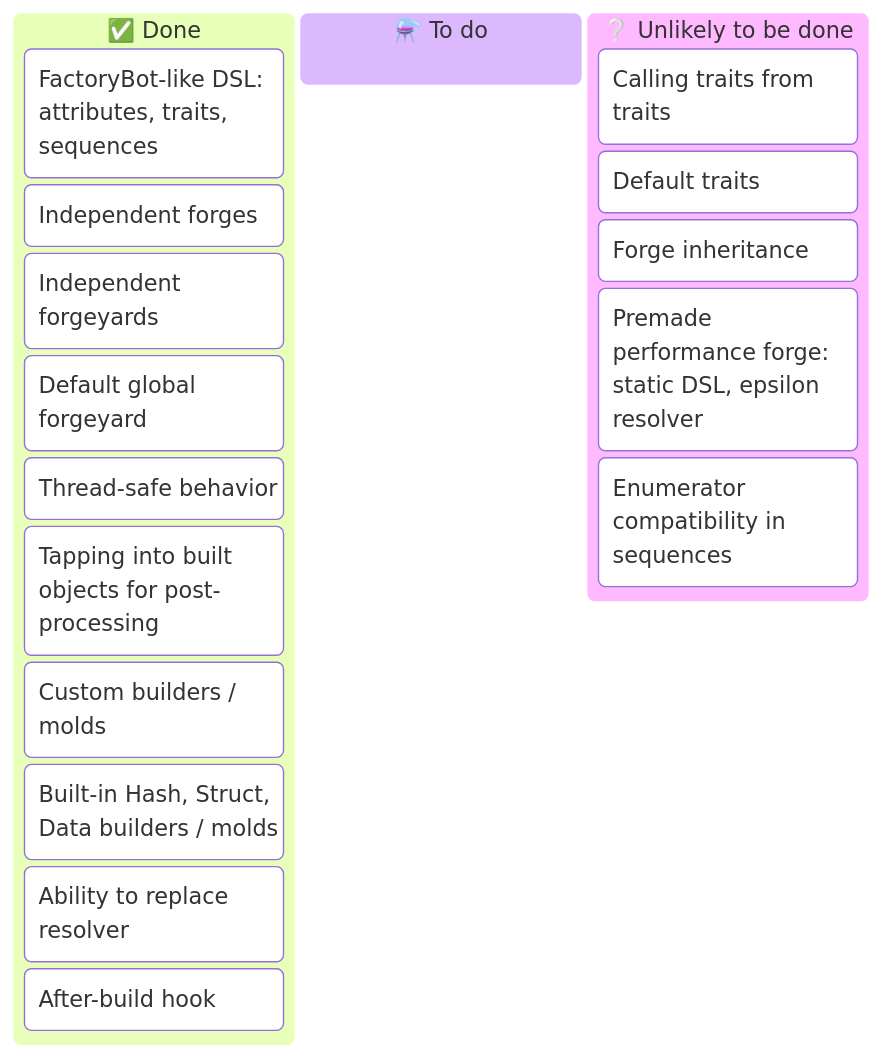
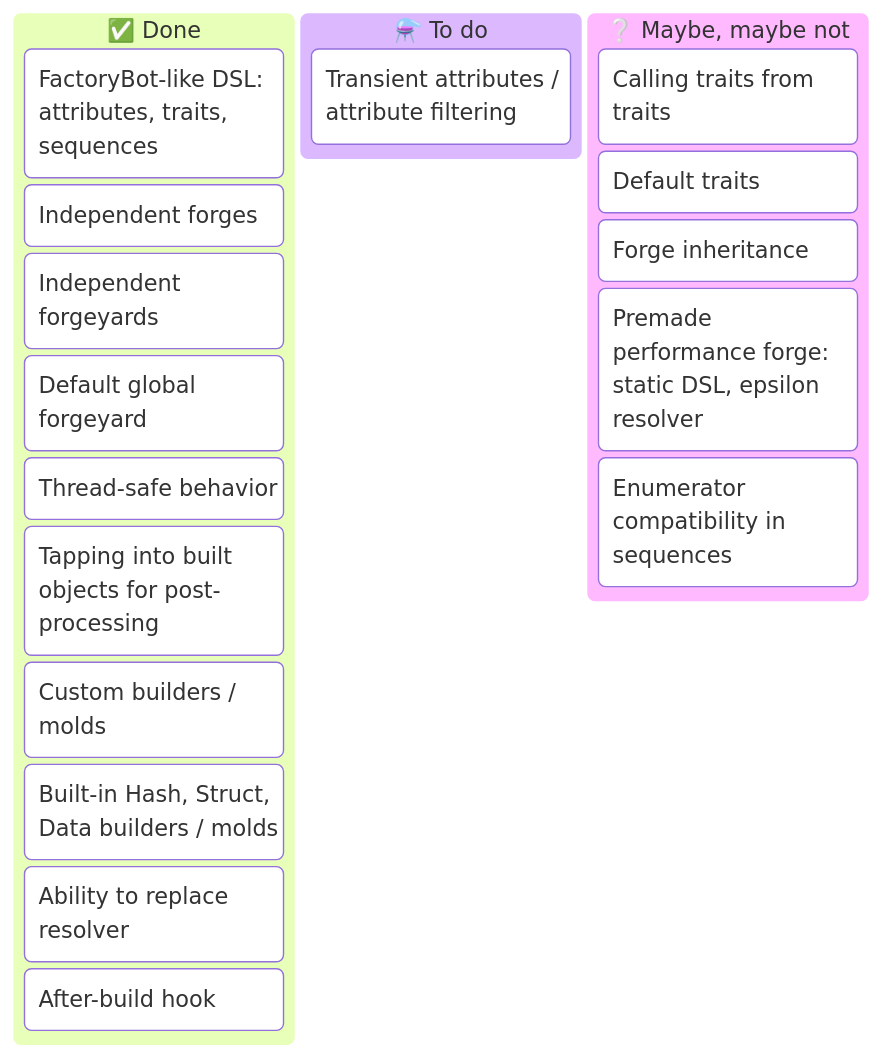
The diagram in README.md (trinistr/object_forge), drawn with Mermaid before and after one commit. The commit also changed other lines of this file and 7 other files, not shown here.

````diff
--- a/README.md
+++ b/README.md
@@ -313,21 +323,22 @@
 ```mermaid
 kanban
   [✅ Done]
     [FactoryBot-like DSL: attributes, traits, sequences]
     [Independent forges]
     [Independent forgeyards]
     [Default global forgeyard]
     [Thread-safe behavior]
     [Tapping into built objects for post-processing]
     [Custom builders / molds]
     [Built-in Hash, Struct, Data builders / molds]
     [Ability to replace resolver]
     [After-build hook]
   [⚗️ To do]
-  [❔ Unlikely to be done]
+    [Transient attributes / attribute filtering]
+  [❔ Maybe, maybe not]
     [Calling traits from traits]
     [Default traits]
     [Forge inheritance]
     [Premade performance forge: static DSL, epsilon resolver]
     [Enumerator compatibility in sequences]
 ```
````
